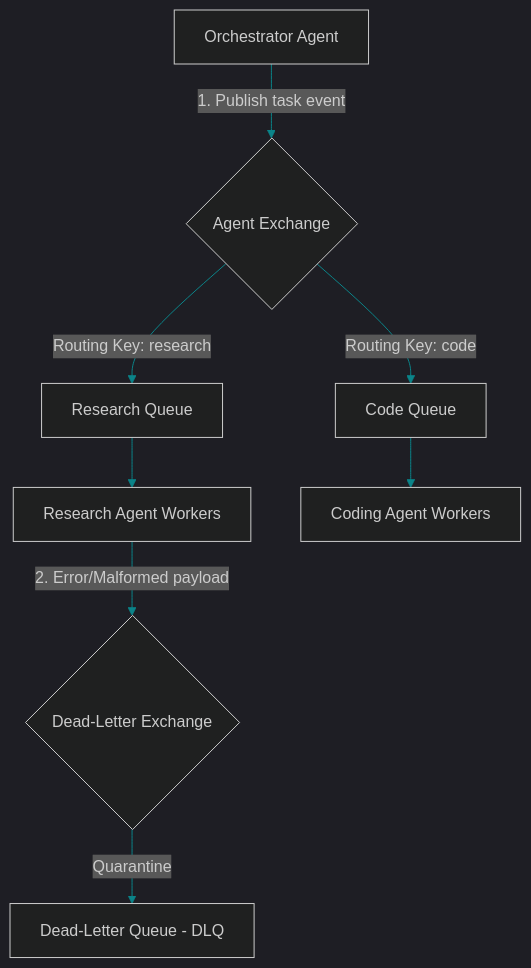
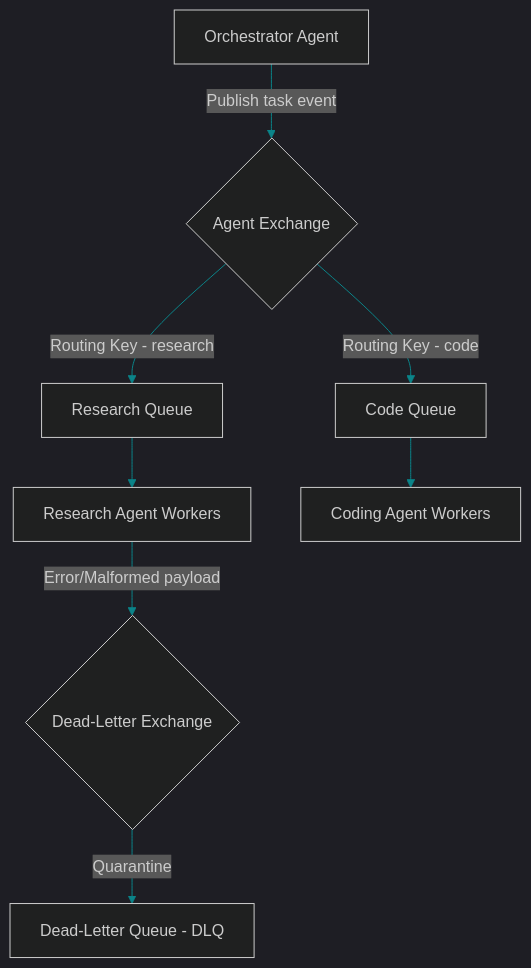
Before and after one commit to akmalkhaniub/akmalkhaniub.github.io: the diagram in blog/posts/system-design-event-driven-rabbitmq-celery.md, drawn with Mermaid. The commit also changed 411 other files, not shown here.

````diff
--- a/blog/posts/system-design-event-driven-rabbitmq-celery.md
+++ b/blog/posts/system-design-event-driven-rabbitmq-celery.md
@@ -24,13 +24,13 @@
 ```mermaid
 %%{init: {'theme': 'dark', 'themeVariables': { 'primaryColor': '#0b8489', 'primaryTextColor': '#f3f4f6', 'primaryBorderColor': '#14b8a6', 'lineColor': '#0b8489', 'secondaryColor': '#111827', 'tertiaryColor': '#0b0f19'}}}%%
 flowchart TD
-    Orchestrator[Orchestrator Agent] -->|1. Publish task event| Exchange{Agent Exchange}
-    Exchange -->|Routing Key: research| QueueR[Research Queue]
-    Exchange -->|Routing Key: code| QueueC[Code Queue]
+    Orchestrator[Orchestrator Agent] -->|Publish task event| Exchange{Agent Exchange}
+    Exchange -->|Routing Key - research| QueueR[Research Queue]
+    Exchange -->|Routing Key - code| QueueC[Code Queue]
     
     QueueR --> WorkerR[Research Agent Workers]
     QueueC --> WorkerC[Coding Agent Workers]
     
-    WorkerR -->|2. Error/Malformed payload| DLX{Dead-Letter Exchange}
+    WorkerR -->|Error/Malformed payload| DLX{Dead-Letter Exchange}
     DLX -->|Quarantine| DLQ[Dead-Letter Queue - DLQ]
 ```
````
